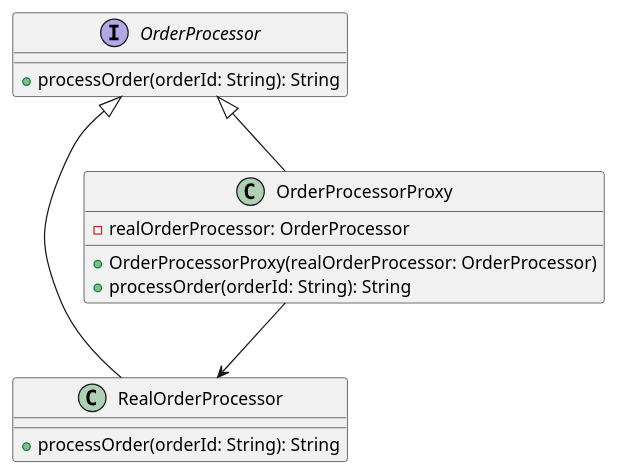
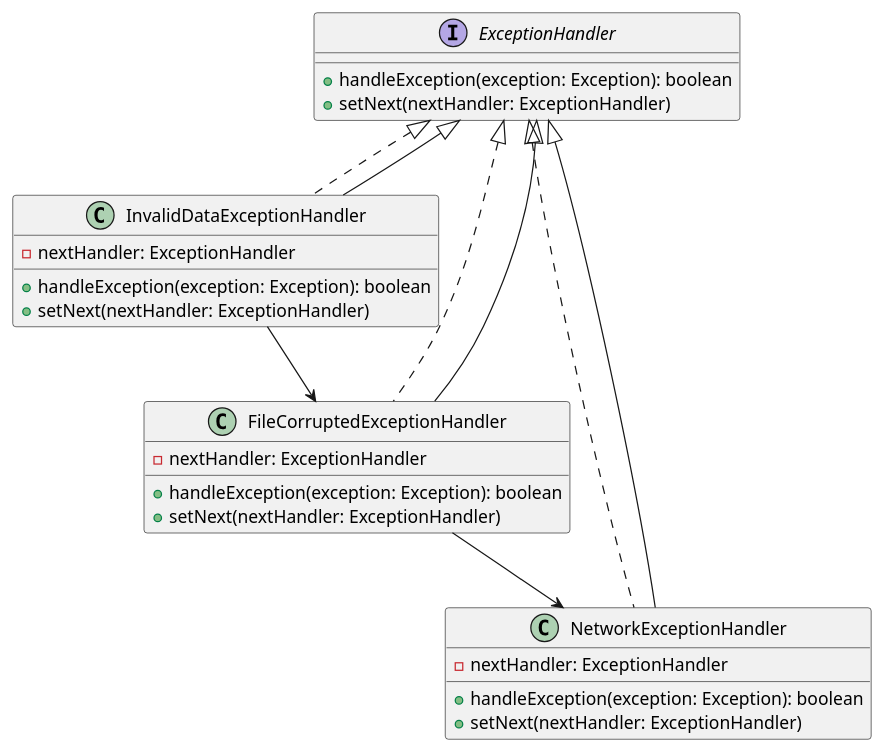
Before and after one commit to andrewovchinnikov/design-patterns: the diagram in klassifikaciya-patternov/povedencheskie-patterny-behavioral-patterns/cepochka-obyazannostei-chain-of-responsibility/primery/obrabotka-isklyuchenii/php.md, drawn with PlantUML. The commit also changed other lines of this file and 1 other file, not shown here.

````diff
--- a/klassifikaciya-patternov/povedencheskie-patterny-behavioral-patterns/cepochka-obyazannostei-chain-of-responsibility/primery/obrabotka-isklyuchenii/php.md
+++ b/klassifikaciya-patternov/povedencheskie-patterny-behavioral-patterns/cepochka-obyazannostei-chain-of-responsibility/primery/obrabotka-isklyuchenii/php.md
@@ -93,21 +13,32 @@
 ```plantuml
 @startuml
-interface OrderProcessor {
-    +processOrder(orderId: String): String
+interface ExceptionHandler {
+    +handleException(exception: Exception): boolean
+    +setNext(nextHandler: ExceptionHandler)
 }
 
-class RealOrderProcessor {
-    +processOrder(orderId: String): String
+class InvalidDataExceptionHandler implements ExceptionHandler {
+    -nextHandler: ExceptionHandler
+    +handleException(exception: Exception): boolean
+    +setNext(nextHandler: ExceptionHandler)
 }
 
-class OrderProcessorProxy {
-    -realOrderProcessor: OrderProcessor
-    +OrderProcessorProxy(realOrderProcessor: OrderProcessor)
-    +processOrder(orderId: String): String
+class FileCorruptedExceptionHandler implements ExceptionHandler {
+    -nextHandler: ExceptionHandler
+    +handleException(exception: Exception): boolean
+    +setNext(nextHandler: ExceptionHandler)
 }
 
-OrderProcessor <|-- RealOrderProcessor
-OrderProcessor <|-- OrderProcessorProxy
-OrderProcessorProxy --> RealOrderProcessor
+class NetworkExceptionHandler implements ExceptionHandler {
+    -nextHandler: ExceptionHandler
+    +handleException(exception: Exception): boolean
+    +setNext(nextHandler: ExceptionHandler)
+}
+
+ExceptionHandler <|-- InvalidDataExceptionHandler
+ExceptionHandler <|-- FileCorruptedExceptionHandler
+ExceptionHandler <|-- NetworkExceptionHandler
+InvalidDataExceptionHandler --> FileCorruptedExceptionHandler
+FileCorruptedExceptionHandler --> NetworkExceptionHandler
 @enduml
 ```
````
